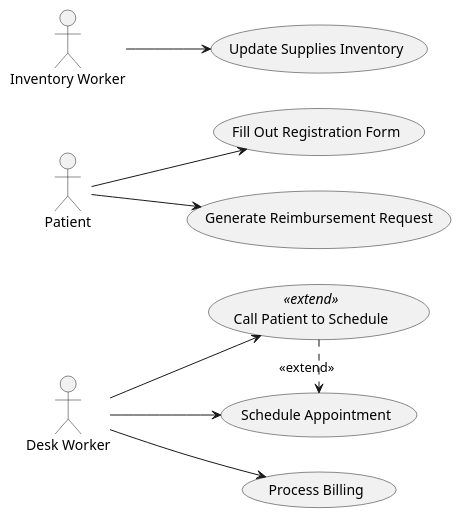
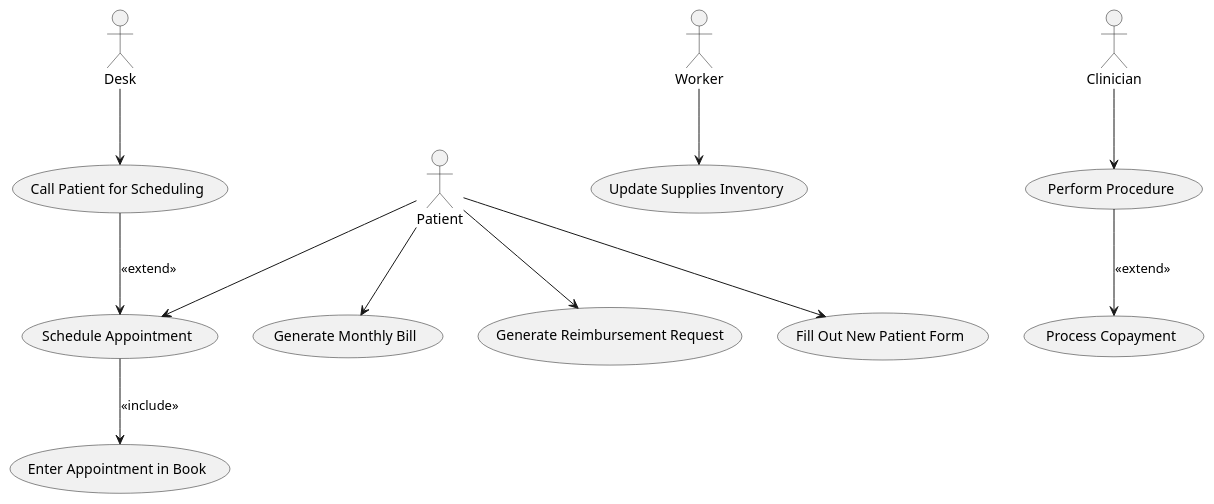
Before and after one commit to RayWP/pfsa-id: the diagram in survey-ud/gen-r-ent-o3-mini/dental-clinic_class_diagram.puml, drawn with PlantUML. The commit also changed 7 other files, not shown here.

```diff
--- a/survey-ud/gen-r-ent-o3-mini/dental-clinic_class_diagram.puml
+++ b/survey-ud/gen-r-ent-o3-mini/dental-clinic_class_diagram.puml
@@ -1,29 +1,40 @@
 @startuml
-left to right direction
+actor "Patient" as Patient
+actor "Desk" as Desk
+actor "Worker" as Worker
+actor "Clinician" as Clinician
 
-actor "Patient" as Patient
-actor "Desk Worker" as Desk
-actor "Inventory Worker" as InventoryWorker
+' Use cases related to patient registration and scheduling
+usecase "Fill Out New Patient Form" as UC1
+usecase "Schedule Appointment" as UC2
+usecase "Enter Appointment in Book" as UC3
+usecase "Call Patient for Scheduling" as UC4
 
-usecase "Fill Out Registration Form" as UC1
-usecase "Schedule Appointment" as UC2
-usecase "Call Patient to Schedule" as UC3 <<extend>>
-usecase "Generate Reimbursement Request" as UC4
-usecase "Process Billing" as UC5
-usecase "Update Supplies Inventory" as UC6
+' Use cases for clinical procedures and billing
+usecase "Perform Procedure" as UC5
+usecase "Process Copayment" as UC6
+usecase "Generate Monthly Bill" as UC7
+usecase "Generate Reimbursement Request" as UC8
 
-' Associations
+' Use case for inventory management
+usecase "Update Supplies Inventory" as UC9
+
+' Associations for patient-related activities
 Patient --> UC1
-Patient --> UC4
+Patient --> UC2
+Patient --> UC7
+Patient --> UC8
 
-Desk --> UC2
-Desk --> UC3
-Desk --> UC5
+' Scheduling workflow
+UC2 --> UC3 : <<include>>
+Desk --> UC4
+UC4 --> UC2 : <<extend>>
 
-InventoryWorker --> UC6
+' Clinical procedure and billing
+Clinician --> UC5
+UC5 --> UC6 : <<extend>>
 
-' Extension Relationship: when the appointment is not scheduled at exit,
-' the desk worker calls the patient as an extension of scheduling.
-UC3 .> UC2 : <<extend>>
+' Inventory update by worker
+Worker --> UC9
 
 @enduml
```
